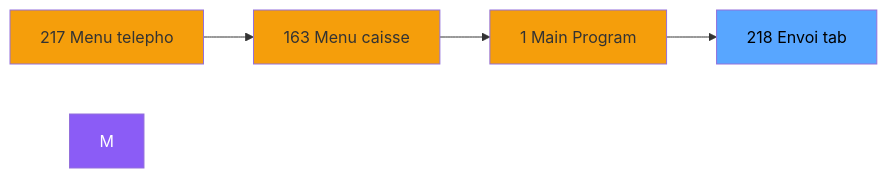
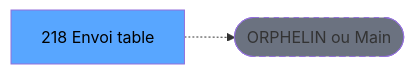
The second of 3 diagrams in .openspec/specs/ADH-IDE-218.md (thonyAGP/lecteur-magic), drawn with Mermaid before and after one commit. The commit also changed other lines of this file and 701 other files, not shown here.

````diff
--- a/.openspec/specs/ADH-IDE-218.md
+++ b/.openspec/specs/ADH-IDE-218.md
@@ -116,15 +123,8 @@
 ```mermaid
 graph LR
-    N217[217 Menu telepho]
-    N163[163 Menu caisse ]
-    N1[1 Main Program]
-    T[218    Envoi tab]
-    N217 --> N163
-    N163 --> N1
-    N1 --> T
-    style M fill:#8b5cf6,color:#fff
-    style N217 fill:#f59e0b
-    style N163 fill:#f59e0b
-    style N1 fill:#f59e0b
+    T[218    Envoi table ]
+    ORPHAN([ORPHELIN ou Main])
+    T -.-> ORPHAN
     style T fill:#58a6ff,color:#000
+    style ORPHAN fill:#6b7280,stroke-dasharray: 5 5
 ```
````
